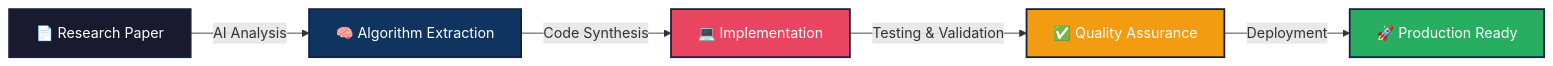
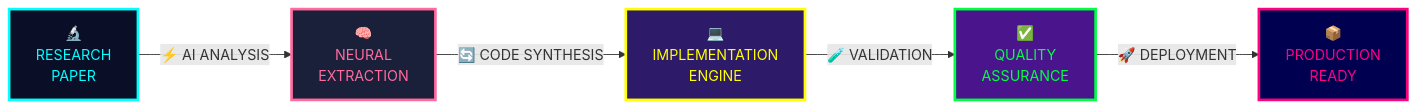
Before and after one commit to randy888chan/DeepCode: the diagram in README.md, drawn with Mermaid. The commit also changed other lines of this file, not shown here.

````diff
--- a/README.md
+++ b/README.md
@@ -29,13 +43,13 @@
 ```mermaid
 graph LR
-    A[📄 Research Paper] -->|AI Analysis| B[🧠 Algorithm Extraction]
-    B -->|Code Synthesis| C[💻 Implementation]
-    C -->|Testing & Validation| D[✅ Quality Assurance]
-    D -->|Deployment| E[🚀 Production Ready]
+    A["🔬<br/>RESEARCH<br/>PAPER"] -->|"⚡ AI ANALYSIS"| B["🧠<br/>NEURAL<br/>EXTRACTION"]
+    B -->|"🔄 CODE SYNTHESIS"| C["💻<br/>IMPLEMENTATION<br/>ENGINE"]
+    C -->|"🧪 VALIDATION"| D["✅<br/>QUALITY<br/>ASSURANCE"]
+    D -->|"🚀 DEPLOYMENT"| E["📦<br/>PRODUCTION<br/>READY"]
     
-    style A fill:#1a1a2e,stroke:#16213e,stroke-width:2px,color:#fff
-    style B fill:#0f3460,stroke:#16213e,stroke-width:2px,color:#fff
-    style C fill:#e94560,stroke:#16213e,stroke-width:2px,color:#fff
-    style D fill:#f39c12,stroke:#16213e,stroke-width:2px,color:#fff
-    style E fill:#27ae60,stroke:#16213e,stroke-width:2px,color:#fff
+    style A fill:#0a0e27,stroke:#00ffff,stroke-width:3px,color:#00ffff
+    style B fill:#1a1f3a,stroke:#ff6b9d,stroke-width:3px,color:#ff6b9d
+    style C fill:#2d1b69,stroke:#ffff00,stroke-width:3px,color:#ffff00
+    style D fill:#4a148c,stroke:#00ff41,stroke-width:3px,color:#00ff41
+    style E fill:#000051,stroke:#ff0080,stroke-width:3px,color:#ff0080
 ```
````
